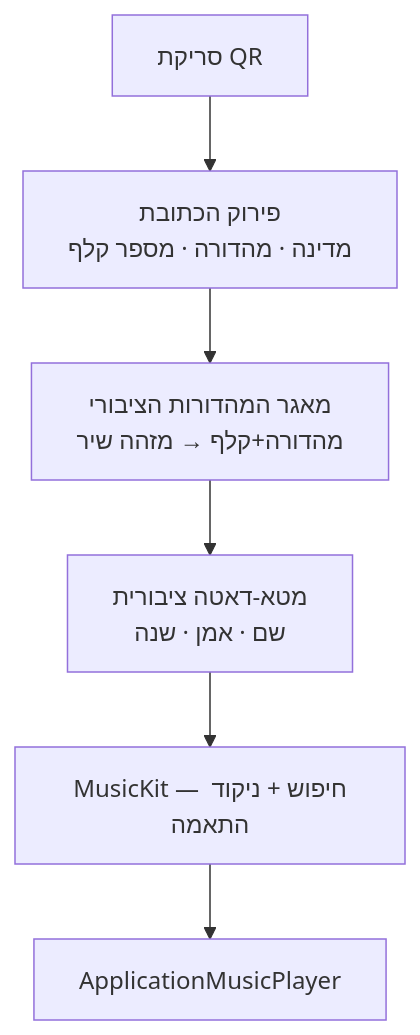
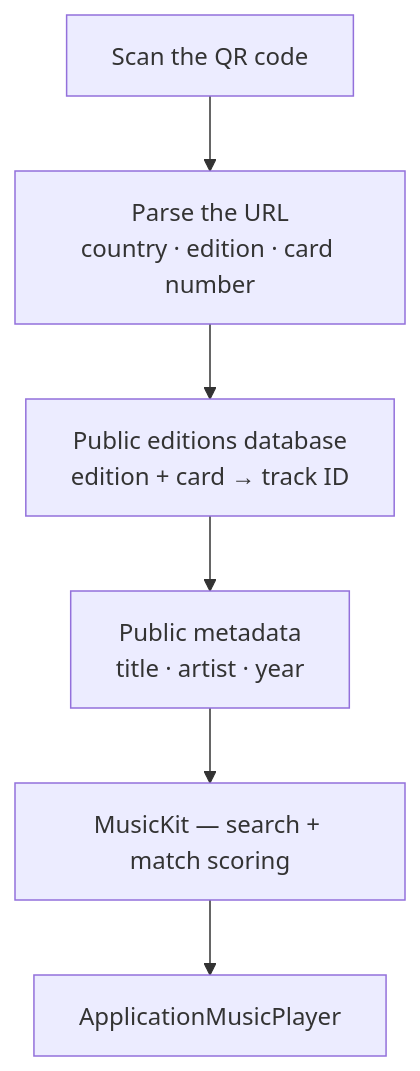
One commit to danidliod/ai-projects-portfolio changed the diagram in projects/09-hitdeck.md. Above: the diagram before and after it, drawn with Mermaid. The commit also changed other lines of this file and 10 other files, not shown here.

````diff
--- a/projects/09-hitdeck.md
+++ b/projects/09-hitdeck.md
@@ -20,8 +20,8 @@
 ```mermaid
 flowchart TB
-  QR[סריקת QR] --> P[פירוק הכתובת<br/>מדינה · מהדורה · מספר קלף]
-  P --> DB[מאגר המהדורות הציבורי<br/>מהדורה+קלף → מזהה שיר]
-  DB --> META[מטא-דאטה ציבורית<br/>שם · אמן · שנה]
-  META --> MK[MusicKit — חיפוש + ניקוד התאמה]
+  QR[Scan the QR code] --> P[Parse the URL<br/>country · edition · card number]
+  P --> DB[Public editions database<br/>edition + card → track ID]
+  DB --> META[Public metadata<br/>title · artist · year]
+  META --> MK[MusicKit — search + match scoring]
   MK --> PLAY[ApplicationMusicPlayer]
 ```
````
